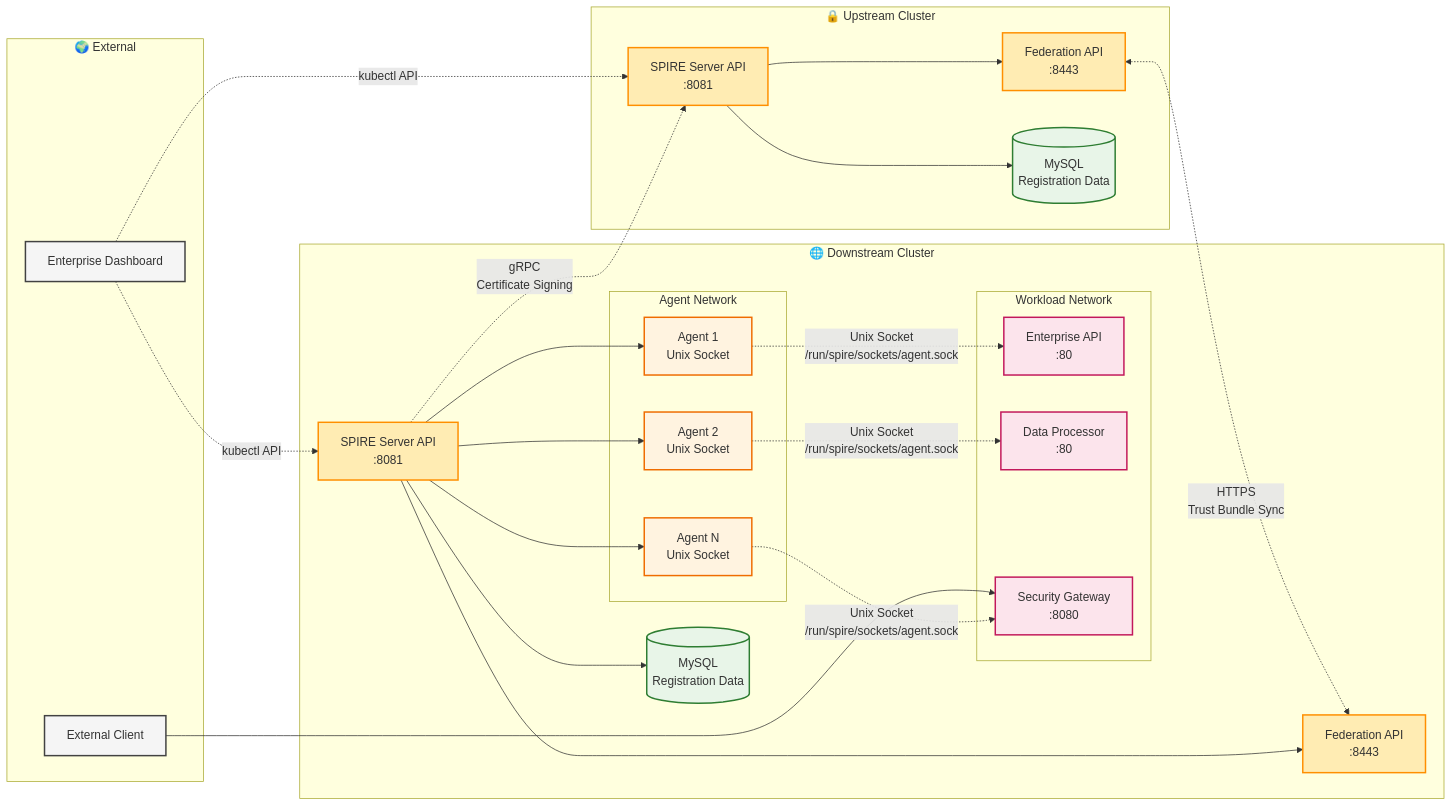
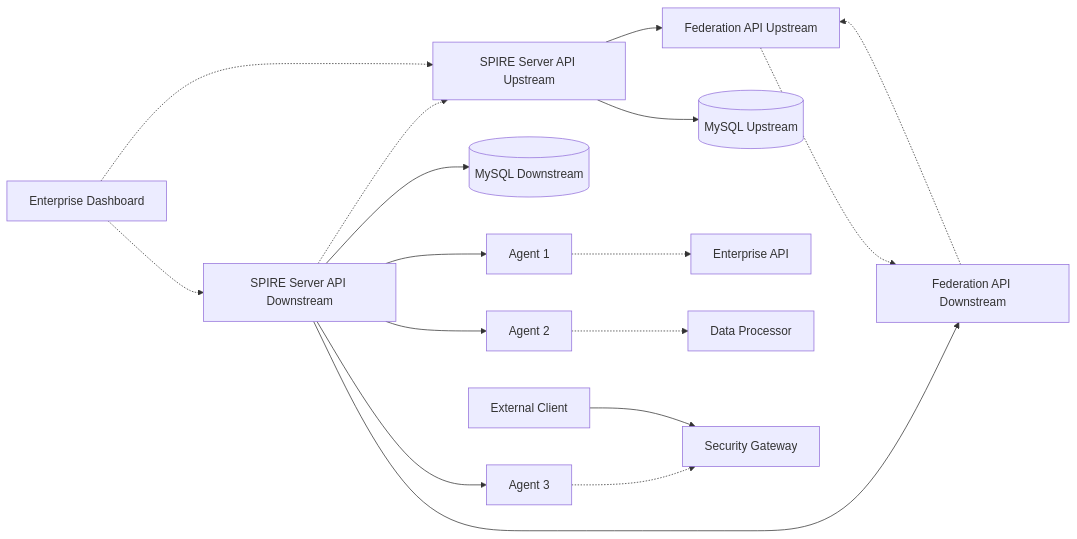
Before and after one commit to jfiser247/spire-dev: the fourth of 5 diagrams in docs/enterprise_architecture_diagram.md, drawn with Mermaid. The commit also changed other lines of this file and 5 other files, not shown here.

First line of the commit message:
Fix Mermaid v10.4.0 compatibility issues across all documentation

````diff
--- a/docs/enterprise_architecture_diagram.md
+++ b/docs/enterprise_architecture_diagram.md
@@ -230,66 +140,42 @@
 ```mermaid
 graph LR
-    subgraph "🔒 Upstream Cluster"
-        US_API[SPIRE Server API<br/>:8081]
-        US_FED[Federation API<br/>:8443]
-        US_DB[(MySQL<br/>Registration Data)]
-        
-        US_API --> US_DB
-        US_API --> US_FED
-    end
+    US_API[SPIRE Server API Upstream]
+    US_FED[Federation API Upstream]
+    US_DB[(MySQL Upstream)]
     
-    subgraph "🌐 Downstream Cluster"
-        DS_API[SPIRE Server API<br/>:8081]
-        DS_FED[Federation API<br/>:8443]
-        DS_DB[(MySQL<br/>Registration Data)]
-        
-        DS_API --> DS_DB
-        DS_API --> DS_FED
-        
-        subgraph "Agent Network"
-            AG1[Agent 1<br/>Unix Socket]
-            AG2[Agent 2<br/>Unix Socket]
-            AG3[Agent N<br/>Unix Socket]
-        end
-        
-        subgraph "Workload Network"
-            WL1[Enterprise API<br/>:80]
-            WL2[Data Processor<br/>:80]
-            WL3[Security Gateway<br/>:8080]
-        end
-        
-        DS_API --> AG1
-        DS_API --> AG2
-        DS_API --> AG3
-        
-        AG1 -.->|Unix Socket<br/>/run/spire/sockets/agent.sock| WL1
-        AG2 -.->|Unix Socket<br/>/run/spire/sockets/agent.sock| WL2
-        AG3 -.->|Unix Socket<br/>/run/spire/sockets/agent.sock| WL3
-    end
+    DS_API[SPIRE Server API Downstream]
+    DS_FED[Federation API Downstream]
+    DS_DB[(MySQL Downstream)]
     
-    %% Cross-cluster communication
-    US_FED <-.->|HTTPS<br/>Trust Bundle Sync| DS_FED
-    DS_API -.->|gRPC<br/>Certificate Signing| US_API
+    AG1[Agent 1]
+    AG2[Agent 2]
+    AG3[Agent 3]
     
-    %% External access
-    subgraph "🌍 External"
-        CLIENT[External Client]
-        DASHBOARD[Enterprise Dashboard]
-    end
+    WL1[Enterprise API]
+    WL2[Data Processor]
+    WL3[Security Gateway]
+    
+    CLIENT[External Client]
+    DASHBOARD[Enterprise Dashboard]
+    
+    US_API --> US_DB
+    US_API --> US_FED
+    DS_API --> DS_DB
+    DS_API --> DS_FED
+    
+    DS_API --> AG1
+    DS_API --> AG2
+    DS_API --> AG3
+    
+    AG1 -.-> WL1
+    AG2 -.-> WL2
+    AG3 -.-> WL3
+    
+    US_FED -.-> DS_FED
+    DS_FED -.-> US_FED
+    DS_API -.-> US_API
     
     CLIENT --> WL3
-    DASHBOARD -.->|kubectl API| US_API
-    DASHBOARD -.->|kubectl API| DS_API
-    
-    classDef server fill:#ffecb3,stroke:#ff8f00,stroke-width:2px,stroke-dasharray:0
-    classDef database fill:#e8f5e8,stroke:#2e7d32,stroke-width:2px,stroke-dasharray:0
-    classDef agent fill:#fff3e0,stroke:#ef6c00,stroke-width:2px,stroke-dasharray:0
-    classDef workload fill:#fce4ec,stroke:#c2185b,stroke-width:2px,stroke-dasharray:0
-    classDef external fill:#f5f5f5,stroke:#424242,stroke-width:2px,stroke-dasharray:0
-    
-    class US_API,DS_API,US_FED,DS_FED server
-    class US_DB,DS_DB database
-    class AG1,AG2,AG3 agent
-    class WL1,WL2,WL3 workload
-    class CLIENT,DASHBOARD external
+    DASHBOARD -.-> US_API
+    DASHBOARD -.-> DS_API
 ```
````
